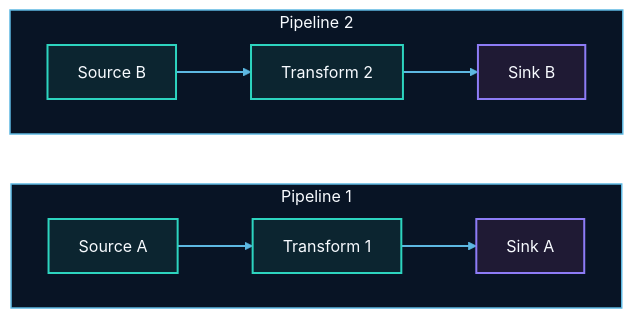
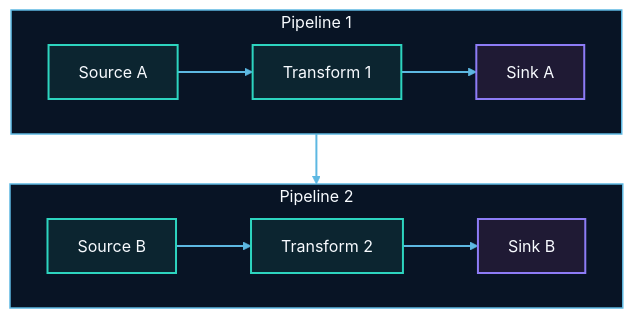
One commit to apache/seatunnel changed the fourth of 7 diagrams in docs/en/architecture/overview.md. Above: the diagram before and after it, drawn with Mermaid. The commit also changed 3 other files, not shown here.

Commit message:
Fix pipeline topology diagrams

````diff
--- a/docs/en/architecture/overview.md
+++ b/docs/en/architecture/overview.md
@@ -216,21 +216,23 @@
 ```mermaid
-flowchart LR
+flowchart TB
     subgraph pipeline1["Pipeline 1"]
         direction LR
         sourceA["Source A"] --> transformA["Transform 1"] --> sinkA["Sink A"]
     end
 
     subgraph pipeline2["Pipeline 2"]
         direction LR
         sourceB["Source B"] --> transformB["Transform 2"] --> sinkB["Sink B"]
     end
 
+    transformA --> transformB
+
     classDef layerCyan fill:#0c2530,stroke:#2dd4bf,stroke-width:2px,color:#f8fbff;
     classDef layerPurple fill:#1f1a34,stroke:#8d7cf6,stroke-width:2px,color:#f8fbff;
 
     class sourceA,sourceB,transformA,transformB layerCyan;
     class sinkA,sinkB layerPurple;
     style pipeline1 fill:#081425,stroke:#5db8e2,stroke-width:1.5px,color:#f8fbff;
     style pipeline2 fill:#081425,stroke:#5db8e2,stroke-width:1.5px,color:#f8fbff;
     linkStyle default stroke:#5db8e2,stroke-width:2px;
 ```
````
